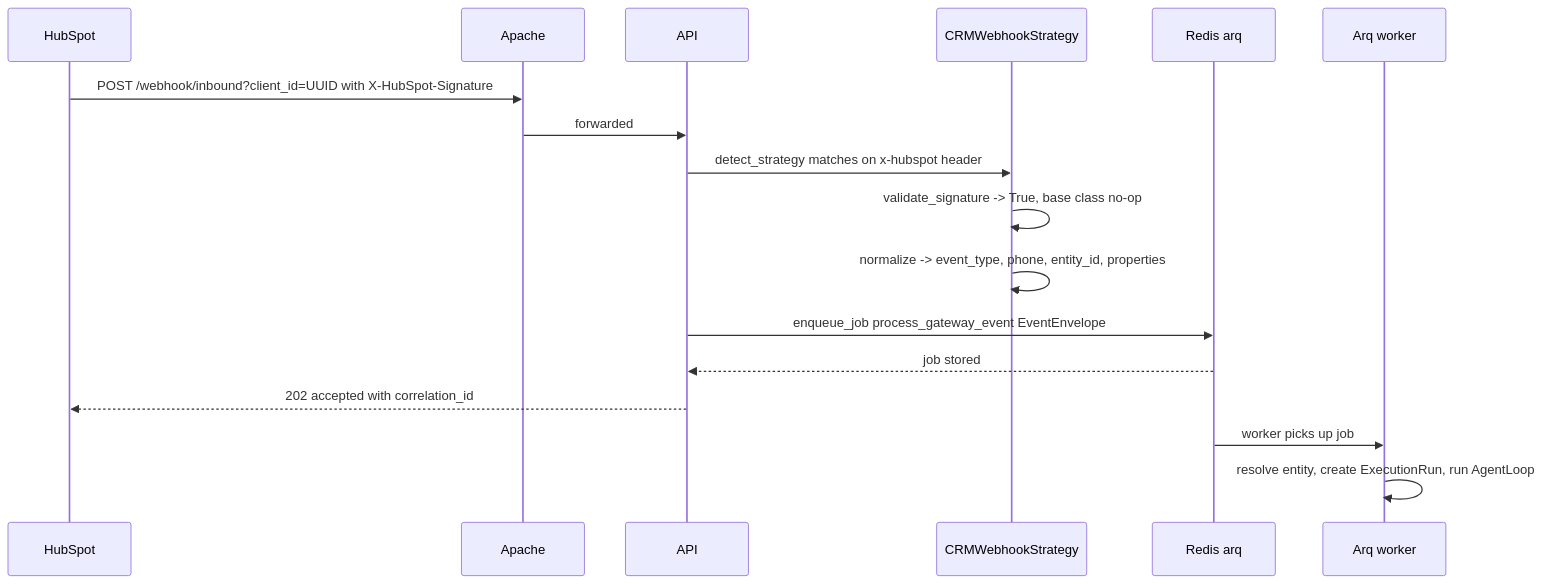
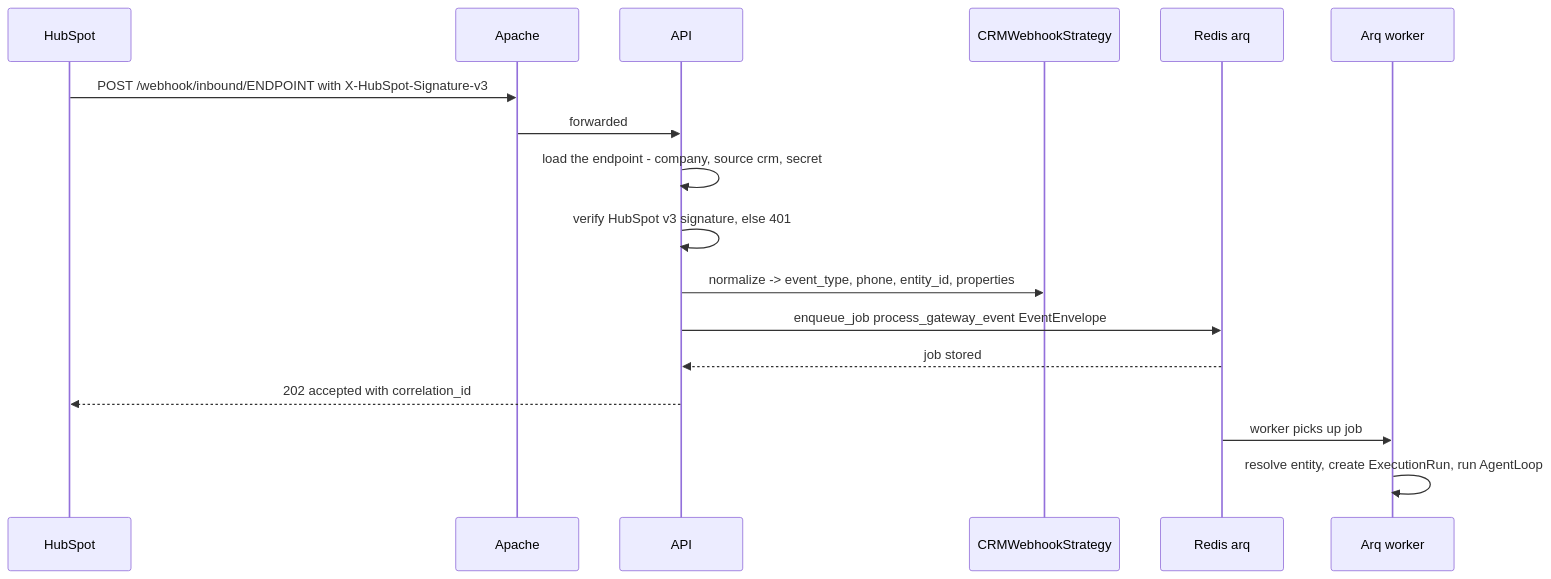
Before and after one commit to gondolerahul/hire-buddha-app: the ninth of 20 diagrams in docs/current/13-gateway-and-realtime.md, drawn with Mermaid. The commit also changed other lines of this file and 21 other files, not shown here.

````diff
--- a/docs/current/13-gateway-and-realtime.md
+++ b/docs/current/13-gateway-and-realtime.md
@@ -614,20 +604,20 @@
 ```mermaid
 sequenceDiagram
     participant HS as HubSpot
     participant AP as Apache
     participant GW as API
     participant ST as CRMWebhookStrategy
     participant RQ as Redis arq
     participant W as Arq worker
 
-    HS->>AP: POST /webhook/inbound?client_id=UUID with X-HubSpot-Signature
+    HS->>AP: POST /webhook/inbound/ENDPOINT with X-HubSpot-Signature-v3
     AP->>GW: forwarded
-    GW->>ST: detect_strategy matches on x-hubspot header
-    ST->>ST: validate_signature -> True, base class no-op
-    ST->>ST: normalize -> event_type, phone, entity_id, properties
+    GW->>GW: load the endpoint - company, source crm, secret
+    GW->>GW: verify HubSpot v3 signature, else 401
+    GW->>ST: normalize -> event_type, phone, entity_id, properties
     GW->>RQ: enqueue_job process_gateway_event EventEnvelope
     RQ-->>GW: job stored
     GW-->>HS: 202 accepted with correlation_id
     RQ->>W: worker picks up job
     W->>W: resolve entity, create ExecutionRun, run AgentLoop
 ```
````
